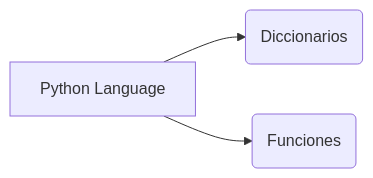
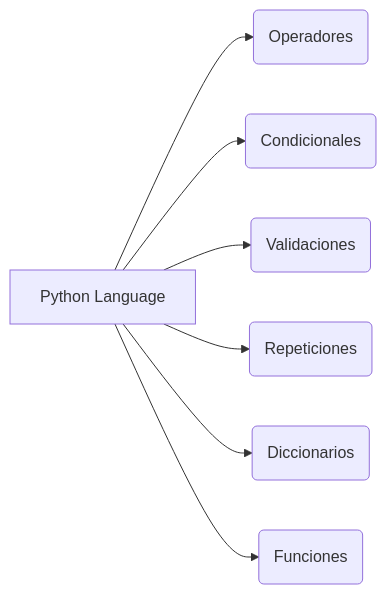
The first of 2 diagrams in README.md (Minipomy/UTN-Development-Area-), drawn with Mermaid before and after one commit. The commit also changed 1 other file, not shown here.

````diff
--- a/README.md
+++ b/README.md
@@ -14,5 +14,9 @@
 ```mermaid
 graph LR
+Python[Python Language] --> Operadores(Operadores)
+Python[Python Language] --> Condicionales(Condicionales)
+Python[Python Language] --> Validaciones(Validaciones)
+Python[Python Language] --> Repeticiones(Repeticiones)
 Python[Python Language] --> Diccionarios(Diccionarios)
 Python[Python Language] --> Funciones(Funciones)
 ```
````
